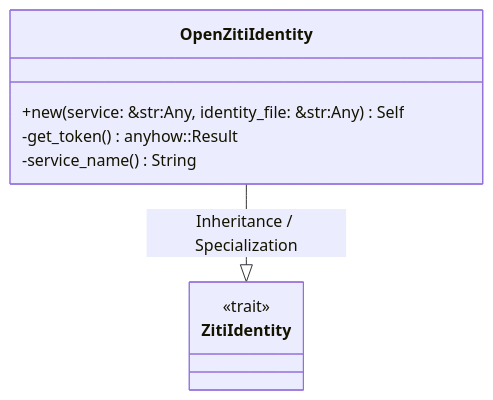
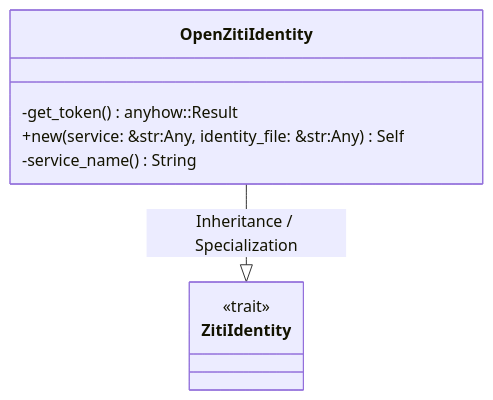
Before and after one commit to lgcorzo/rust_CACD_autonomous_factory: the first of 2 diagrams in openwiki/crates_factory-infrastructure_src_ziti_rs.md, drawn with Mermaid. The commit also changed other lines of this file and 76 other files, not shown here.

````diff
--- a/openwiki/crates_factory-infrastructure_src_ziti_rs.md
+++ b/openwiki/crates_factory-infrastructure_src_ziti_rs.md
@@ -108,14 +108,14 @@
 ```mermaid
 classDiagram
     direction BT
     class OpenZitiIdentity {
+        -get_token() anyhow::Result<String>
         +new(service: &str:Any, identity_file: &str:Any) Self
-        -get_token() anyhow::Result<String>
         -service_name() String
     }
     ZitiIdentity <|-- OpenZitiIdentity : Inheritance / Specialization
     class ZitiIdentity {
         <<trait>>
     }
 
 ```
````
